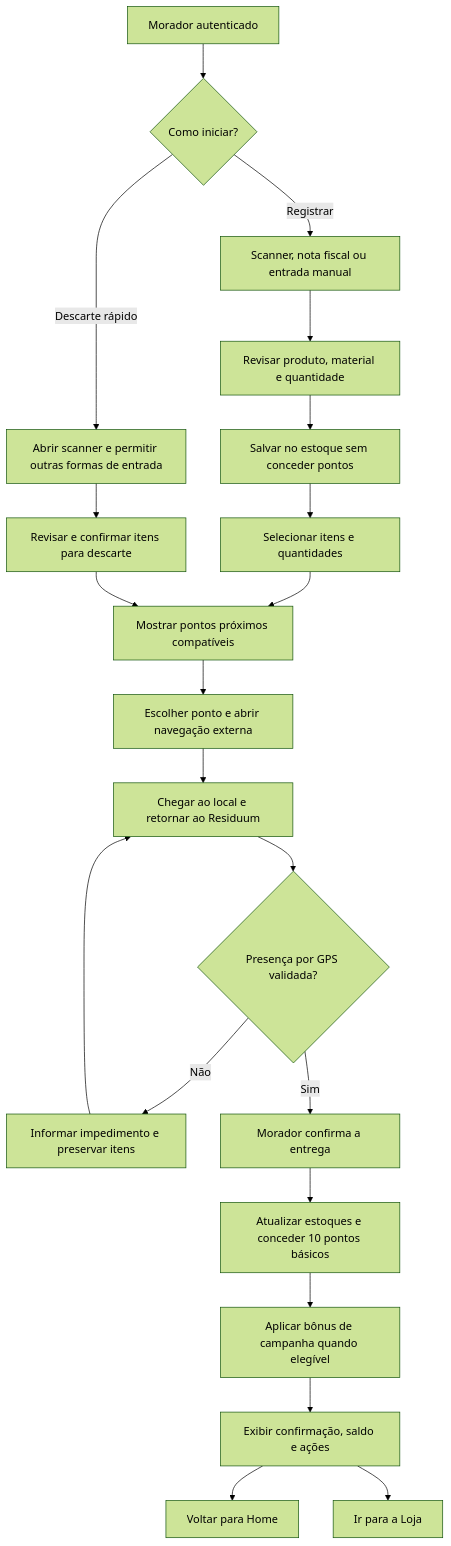
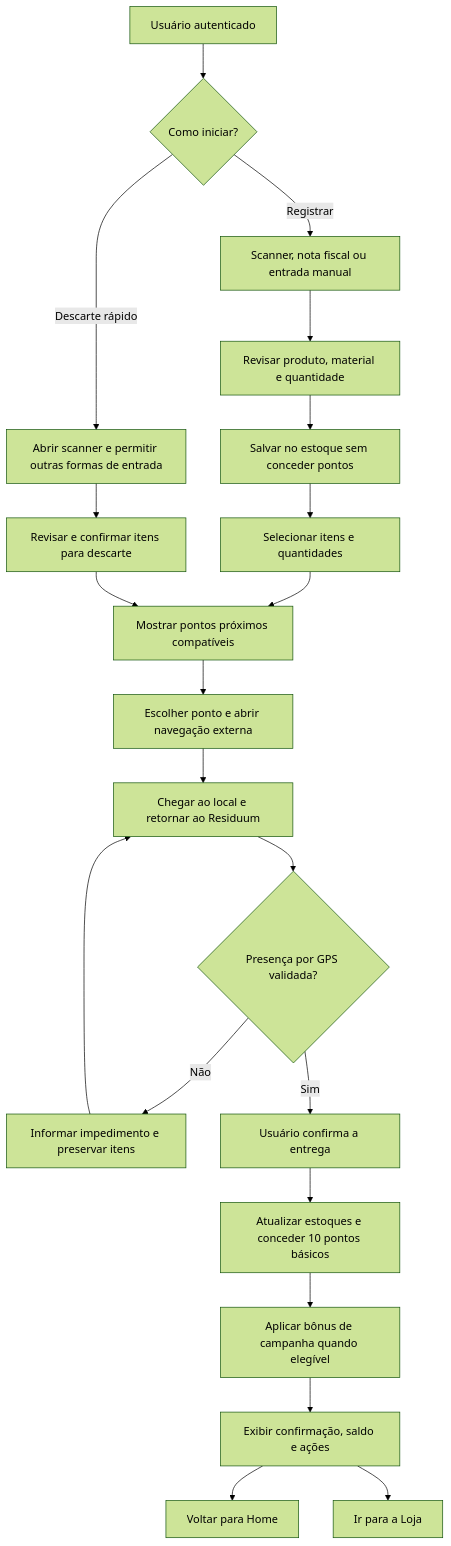
The second of 3 diagrams in docs/01-planejamento/requisitos/00-contexto-atores-e-fluxos.md (Residuum-Organization/residuum-documentacao), drawn with Mermaid (forest theme) before and after one commit. The commit also changed other lines of this file and 101 other files, not shown here.

First line of the commit message:
docs: troca "morador" por "usuário" em todos os documentos

````diff
--- a/docs/01-planejamento/requisitos/00-contexto-atores-e-fluxos.md
+++ b/docs/01-planejamento/requisitos/00-contexto-atores-e-fluxos.md
@@ -165,23 +165,23 @@
 ```mermaid
 flowchart TD
-    inicio["Morador autenticado"] --> entrada{"Como iniciar?"}
+    inicio["Usuário autenticado"] --> entrada{"Como iniciar?"}
     entrada -->|"Registrar"| cadastro["Scanner, nota fiscal ou entrada manual"]
     entrada -->|"Descarte rápido"| scanner["Abrir scanner e permitir outras formas de entrada"]
     cadastro --> revisao["Revisar produto, material e quantidade"]
     revisao --> estoque["Salvar no estoque sem conceder pontos"]
     estoque --> selecionar["Selecionar itens e quantidades"]
     scanner --> revisarRapido["Revisar e confirmar itens para descarte"]
     selecionar --> mapa["Mostrar pontos próximos compatíveis"]
     revisarRapido --> mapa
     mapa --> escolher["Escolher ponto e abrir navegação externa"]
     escolher --> retornar["Chegar ao local e retornar ao Residuum"]
     retornar --> gps{"Presença por GPS validada?"}
     gps -->|"Não"| falha["Informar impedimento e preservar itens"]
     falha --> retornar
-    gps -->|"Sim"| confirmar["Morador confirma a entrega"]
+    gps -->|"Sim"| confirmar["Usuário confirma a entrega"]
     confirmar --> concluir["Atualizar estoques e conceder 10 pontos básicos"]
     concluir --> campanha["Aplicar bônus de campanha quando elegível"]
     campanha --> tela["Exibir confirmação, saldo e ações"]
     tela --> home["Voltar para Home"]
     tela --> loja["Ir para a Loja"]
 ```
````
